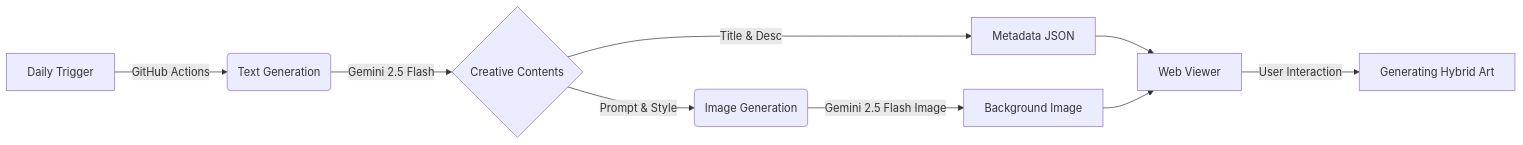
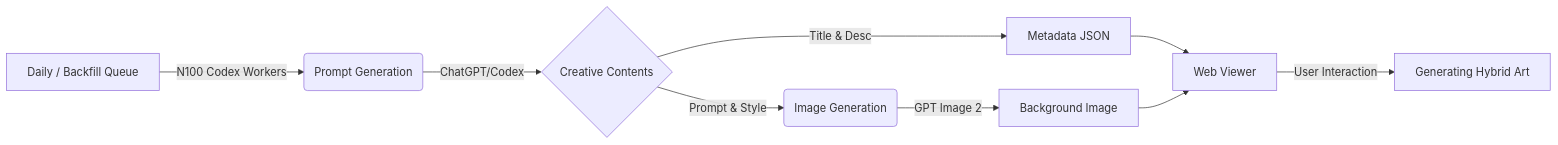
Before and after one commit to hiyong7759/media-art-writer: the diagram in README.md, drawn with Mermaid. The commit also changed other lines of this file and 12 other files, not shown here.

````diff
--- a/README.md
+++ b/README.md
@@ -32,10 +32,10 @@
 ```mermaid
 graph LR
-    A[Daily Trigger] -->|GitHub Actions| B(Text Generation)
-    B -->|Gemini 2.5 Flash| C{Creative Contents}
+    A[Daily / Backfill Queue] -->|N100 Codex Workers| B(Prompt Generation)
+    B -->|ChatGPT/Codex| C{Creative Contents}
     C -->|Prompt & Style| D(Image Generation)
     C -->|Title & Desc| E[Metadata JSON]
-    D -->|Gemini 2.5 Flash Image| F[Background Image]
+    D -->|GPT Image 2| F[Background Image]
     E & F --> G[Web Viewer]
     G -->|User Interaction| H[Generating Hybrid Art]
 ```
````
